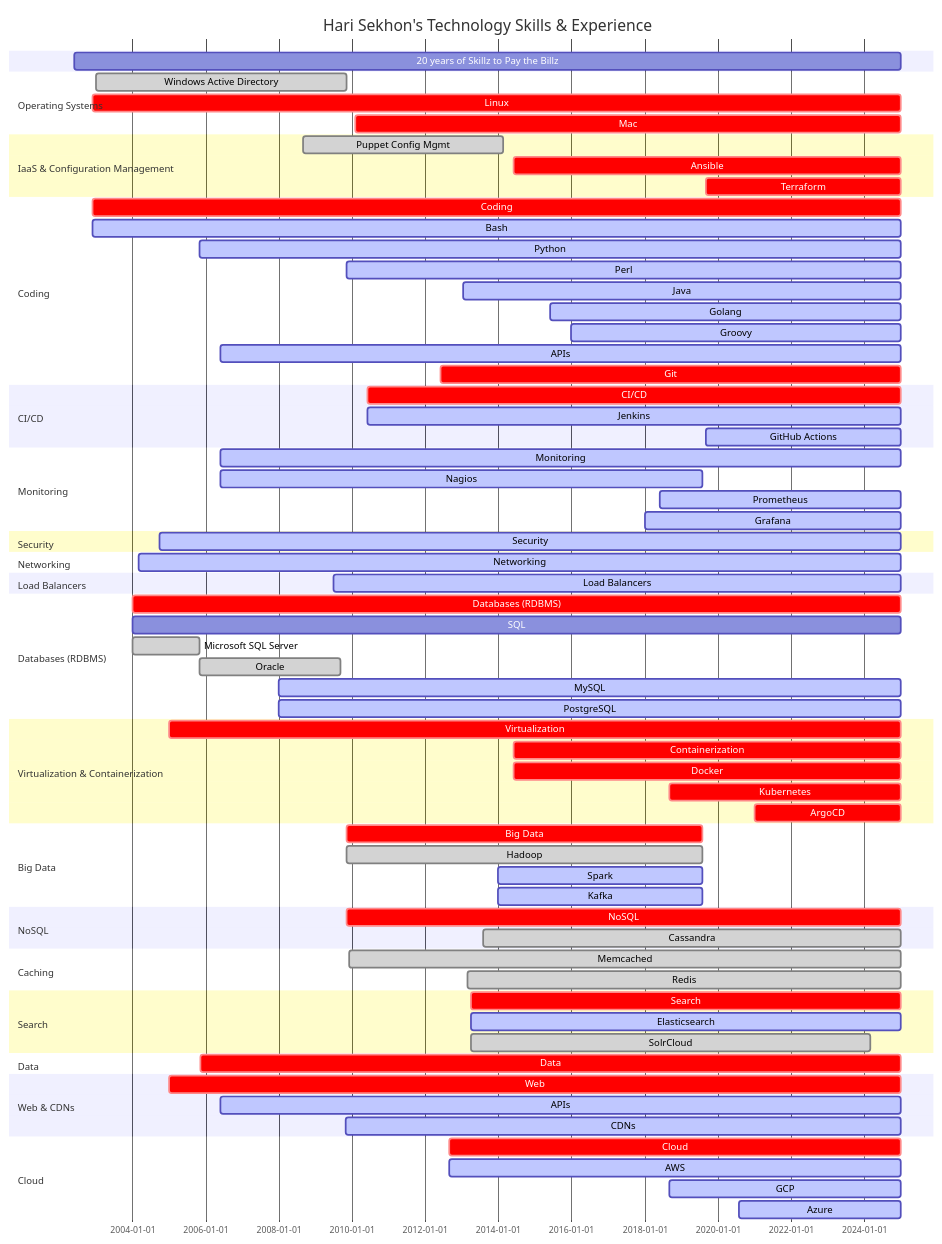
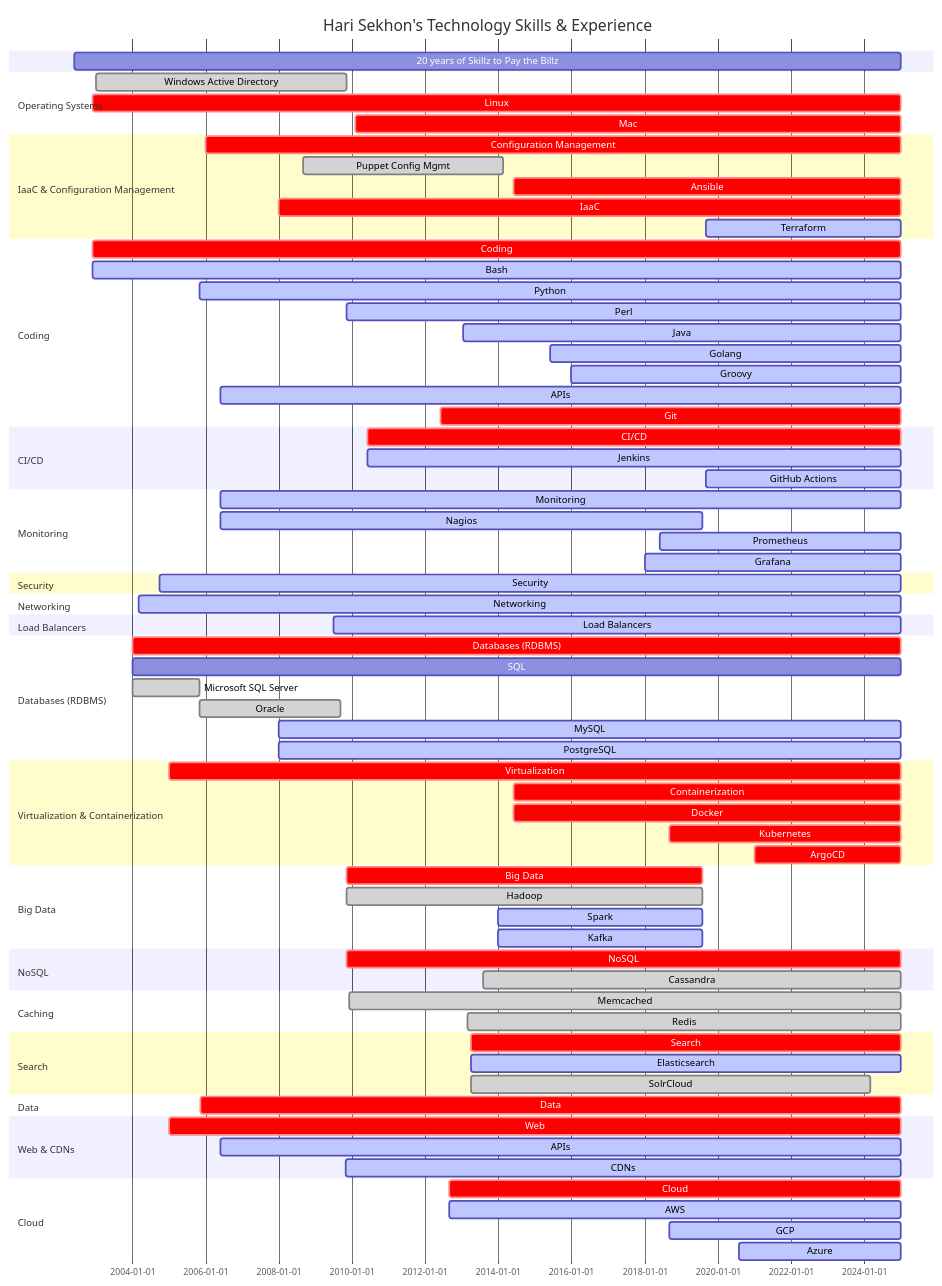
Before and after one commit to HariSekhon/HariSekhon: the diagram in README.md, drawn with Mermaid.

```diff
--- a/README.md
+++ b/README.md
@@ -289,10 +289,12 @@
     %%Alpine Linux             : done, 2016-01-01, 2024-12-31
     Mac                      : crit, 2010-02-01, 2024-12-31
 
-    section IaaS & Configuration Management
+    section IaaC & Configuration Management
+    Configuration Management :crit, 2006-01-01, 2024-12-31
     Puppet Config Mgmt     : done, 2008-09-01, 2014-02-18
     Ansible                : crit, 2014-06-01, 2024-12-31
-    Terraform              : crit, 2019-09-01, 2024-12-31
+    IaaC                   :crit, 2008-01-01, 2024-12-31
+    Terraform              :active, 2019-09-01, 2024-12-31
     %%Terraform Cloud        : active, 2021-09-01, 2022-09-31
     %%Kickstart              : active, 2008-01-01, 2024-12-31
     %%Preseed                : active, 2009-01-01, 2024-12-31
```
